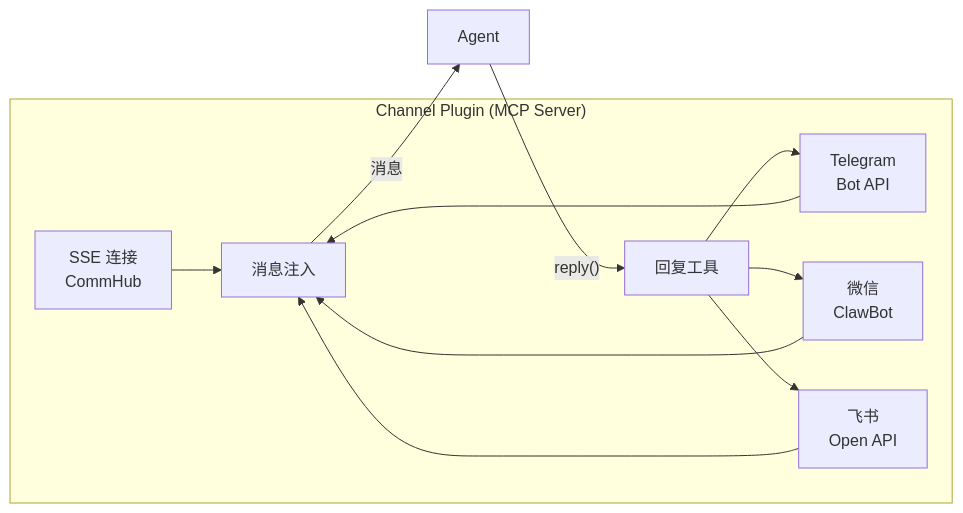
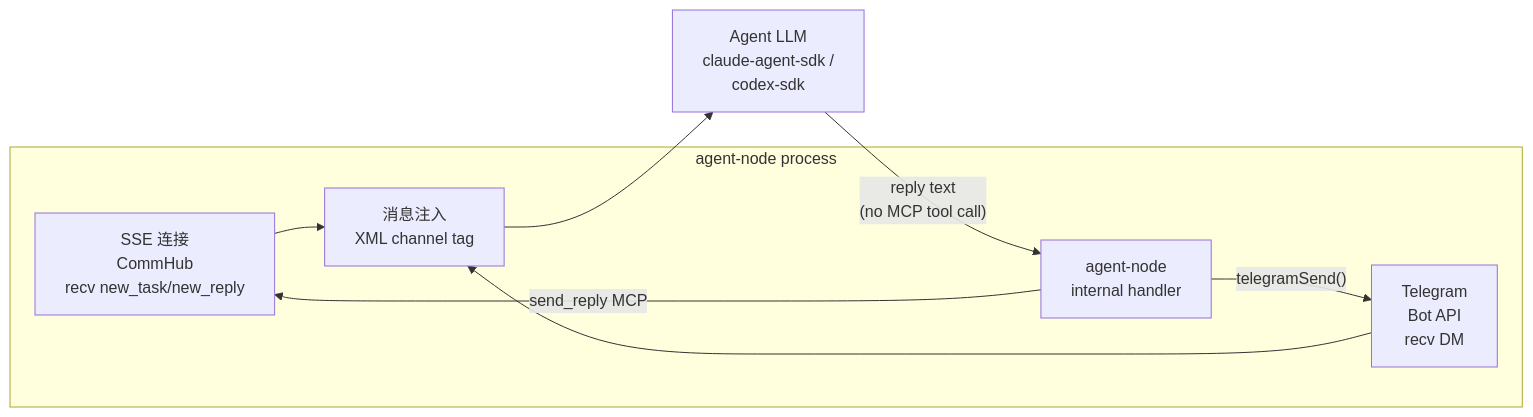
The second of 2 diagrams in docs-site/docs/guide/channels.md (sleep2agi/agent-network), drawn with Mermaid before and after one commit. The commit also changed other lines of this file and 1 other file, not shown here.

````diff
--- a/docs-site/docs/guide/channels.md
+++ b/docs-site/docs/guide/channels.md
@@ -174,22 +178,17 @@
 ```mermaid
 graph LR
-    subgraph "Channel Plugin (MCP Server)"
-        SSE[SSE 连接<br/>CommHub]
-        TG[Telegram<br/>Bot API]
-        WX[微信<br/>ClawBot]
-        FS[飞书<br/>Open API]
-        INJECT[消息注入]
-        TOOLS[回复工具]
+    subgraph "agent-node process"
+        SSE[SSE 连接<br/>CommHub<br/>recv new_task/new_reply]
+        TG[Telegram<br/>Bot API<br/>recv DM]
+        INJECT[消息注入<br/>XML channel tag]
+        HANDLER[agent-node<br/>internal handler]
     end
 
     SSE --> INJECT
     TG --> INJECT
-    WX --> INJECT
-    FS --> INJECT
 
-    INJECT -->|"<channel>消息</channel>"| AGENT[Agent]
-    AGENT -->|"reply()"| TOOLS
-    TOOLS --> TG
-    TOOLS --> WX
-    TOOLS --> FS
+    INJECT -->|"<channel source=&quot;commhub|telegram&quot;>"| AGENT[Agent LLM<br/>claude-agent-sdk /<br/>codex-sdk]
+    AGENT -->|"reply text<br/>(no MCP tool call)"| HANDLER
+    HANDLER -->|"send_reply MCP"| SSE
+    HANDLER -->|"telegramSend()"| TG
 ```
````
